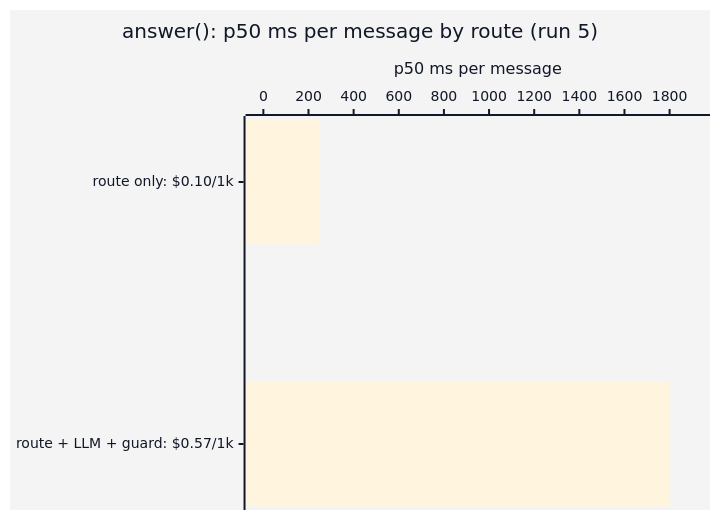
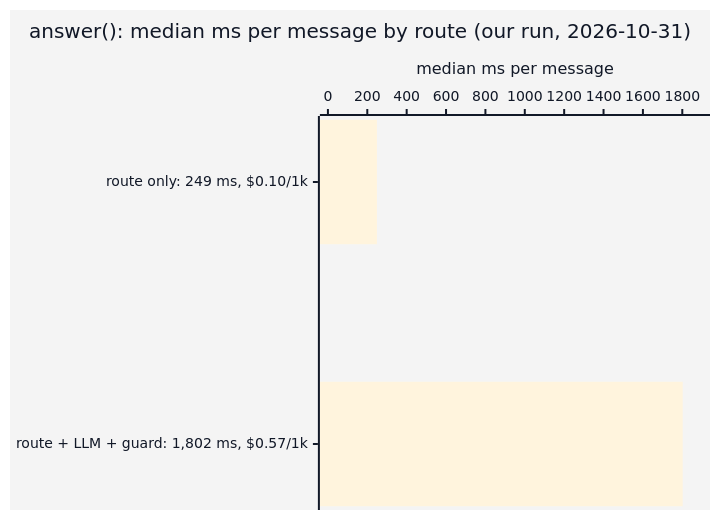
One commit to axel-sirota/getting_started_jev changed the diagram in course/diagrams/module_04/p2-loop-cost.mmd. Above: the diagram before and after it, drawn with Mermaid. The commit also changed 29 other files, not shown here.

Commit message:
Module 4: notebooks and diagrams

```diff
--- a/course/diagrams/module_04/p2-loop-cost.mmd
+++ b/course/diagrams/module_04/p2-loop-cost.mmd
@@ -1,6 +1,6 @@
 %%{init: {"theme": "base", "themeVariables": {"fontFamily": "Inter, sans-serif", "primaryColor": "#ECF8F6", "primaryBorderColor": "#40B8A6", "primaryTextColor": "#111827", "lineColor": "#1A3D4D", "secondaryColor": "#F9FAFB", "tertiaryColor": "#FFFFFF", "clusterBkg": "#F9FAFB", "clusterBorder": "#D1D5DB", "actorBkg": "#ECF8F6", "actorBorder": "#40B8A6", "noteBkgColor": "#FFF6DA", "noteBorderColor": "#E0B84C"}}}%%
 xychart-beta horizontal
-  title "answer(): p50 ms per message by route (run 5)"
-  x-axis ["route only: $0.10/1k", "route + LLM + guard: $0.57/1k"]
-  y-axis "p50 ms per message" 0 --> 1900
+  title "answer(): median ms per message by route (our run, 2026-10-31)"
+  x-axis ["route only: 249 ms, $0.10/1k", "route + LLM + guard: 1,802 ms, $0.57/1k"]
+  y-axis "median ms per message" 0 --> 1900
   bar [249, 1802]
```
